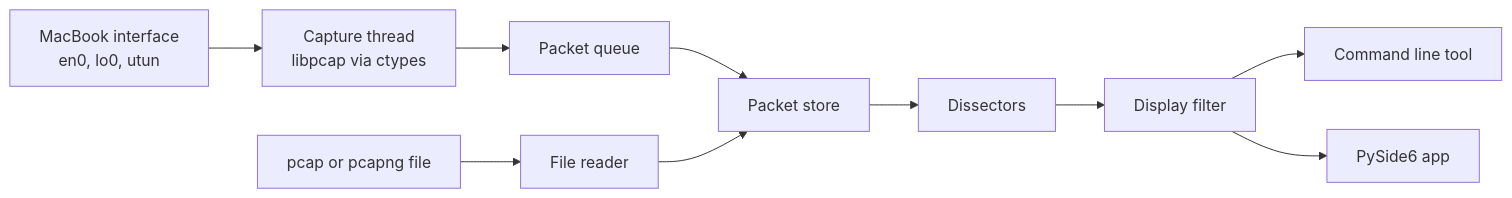
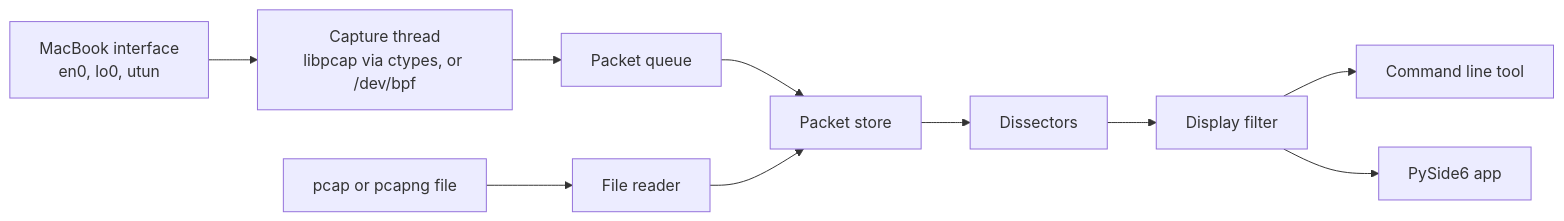
One commit to abdeltaehass/WireShark_Replica changed the diagram in README.md. Above: the diagram before and after it, drawn with Mermaid. The commit also changed other lines of this file and 23 other files, not shown here.

First line of the commit message:
Capture live traffic through libpcap

````diff
--- a/README.md
+++ b/README.md
@@ -28,12 +73,12 @@
 ```mermaid
 flowchart LR
-    NIC[MacBook interface<br/>en0, lo0, utun] --> CAP[Capture thread<br/>libpcap via ctypes]
+    NIC[MacBook interface<br/>en0, lo0, utun] --> CAP[Capture thread<br/>libpcap via ctypes, or /dev/bpf]
     CAP --> Q[Packet queue]
     FILE[pcap or pcapng file] --> READER[File reader]
     Q --> STORE[Packet store]
     READER --> STORE
     STORE --> DIS[Dissectors]
     DIS --> FILT[Display filter]
     FILT --> CLI[Command line tool]
     FILT --> GUI[PySide6 app]
 ```
````
